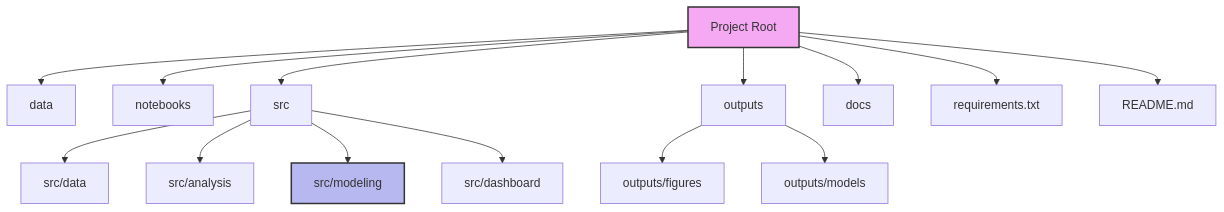
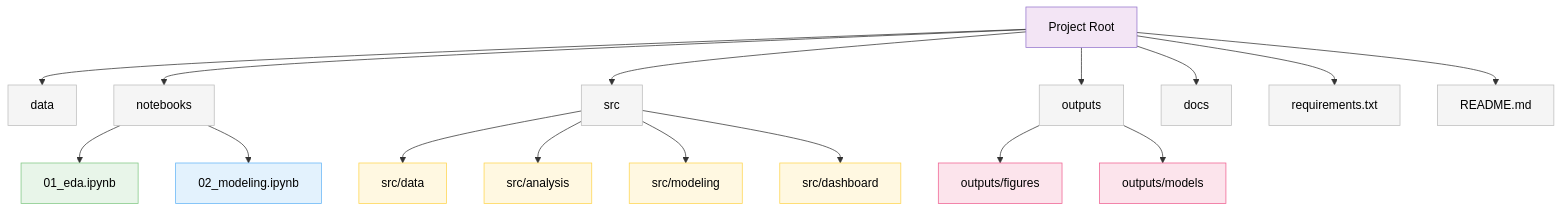
One commit to Simon-Kimanzi/Fruit_fly-Host-Interactions-SDM- changed the diagram in README.md. Above: the diagram before and after it, drawn with Mermaid. The commit also changed other lines of this file and 4 other files, not shown here.

````diff
--- a/README.md
+++ b/README.md
@@ -36,21 +32,38 @@
 ```mermaid
 flowchart TD
     A[Project Root] --> B[data]
     A --> C[notebooks]
     A --> D[src]
     A --> E[outputs]
     A --> F[docs]
     A --> G[requirements.txt]
     A --> H[README.md]
 
+    C --> C1[01_eda.ipynb]
+    C --> C2[02_modeling.ipynb]
+
     D --> D1[src/data]
     D --> D2[src/analysis]
     D --> D3[src/modeling]
     D --> D4[src/dashboard]
 
     E --> E1[outputs/figures]
     E --> E2[outputs/models]
 
-    style A fill:#f5a9f2,stroke:#333,stroke-width:2px
-    style D3 fill:#b8b8f0,stroke:#333,stroke-width:2px
+    style A fill:#f3e5f5,stroke:#9575cd,stroke-width:1px,color:#000000
+    style B fill:#f5f5f5,stroke:#bdbdbd,stroke-width:1px,color:#000000
+    style C fill:#f5f5f5,stroke:#bdbdbd,stroke-width:1px,color:#000000
+    style D fill:#f5f5f5,stroke:#bdbdbd,stroke-width:1px,color:#000000
+    style E fill:#f5f5f5,stroke:#bdbdbd,stroke-width:1px,color:#000000
+    style F fill:#f5f5f5,stroke:#bdbdbd,stroke-width:1px,color:#000000
+    style G fill:#f5f5f5,stroke:#bdbdbd,stroke-width:1px,color:#000000
+    style H fill:#f5f5f5,stroke:#bdbdbd,stroke-width:1px,color:#000000
+    style C1 fill:#e8f5e9,stroke:#81c784,stroke-width:1px,color:#000000
+    style C2 fill:#e3f2fd,stroke:#64b5f6,stroke-width:1px,color:#000000
+    style D1 fill:#fff8e1,stroke:#ffd54f,stroke-width:1px,color:#000000
+    style D2 fill:#fff8e1,stroke:#ffd54f,stroke-width:1px,color:#000000
+    style D3 fill:#fff8e1,stroke:#ffd54f,stroke-width:1px,color:#000000
+    style D4 fill:#fff8e1,stroke:#ffd54f,stroke-width:1px,color:#000000
+    style E1 fill:#fce4ec,stroke:#f06292,stroke-width:1px,color:#000000
+    style E2 fill:#fce4ec,stroke:#f06292,stroke-width:1px,color:#000000
 ```
````
